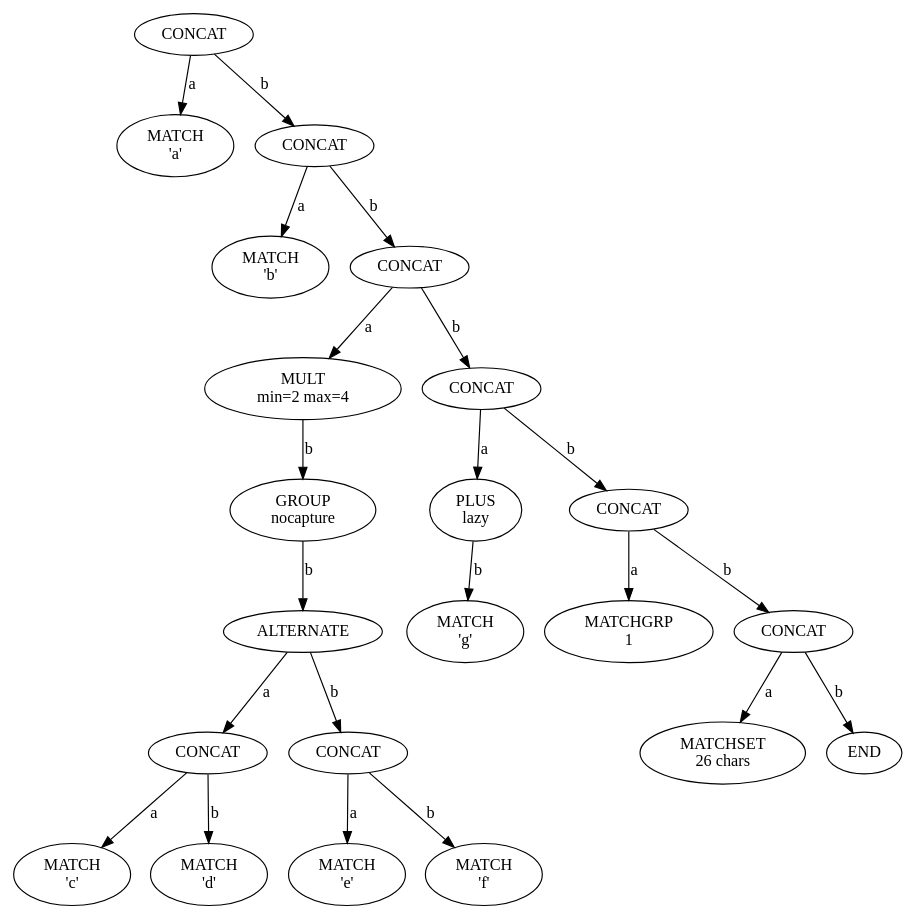
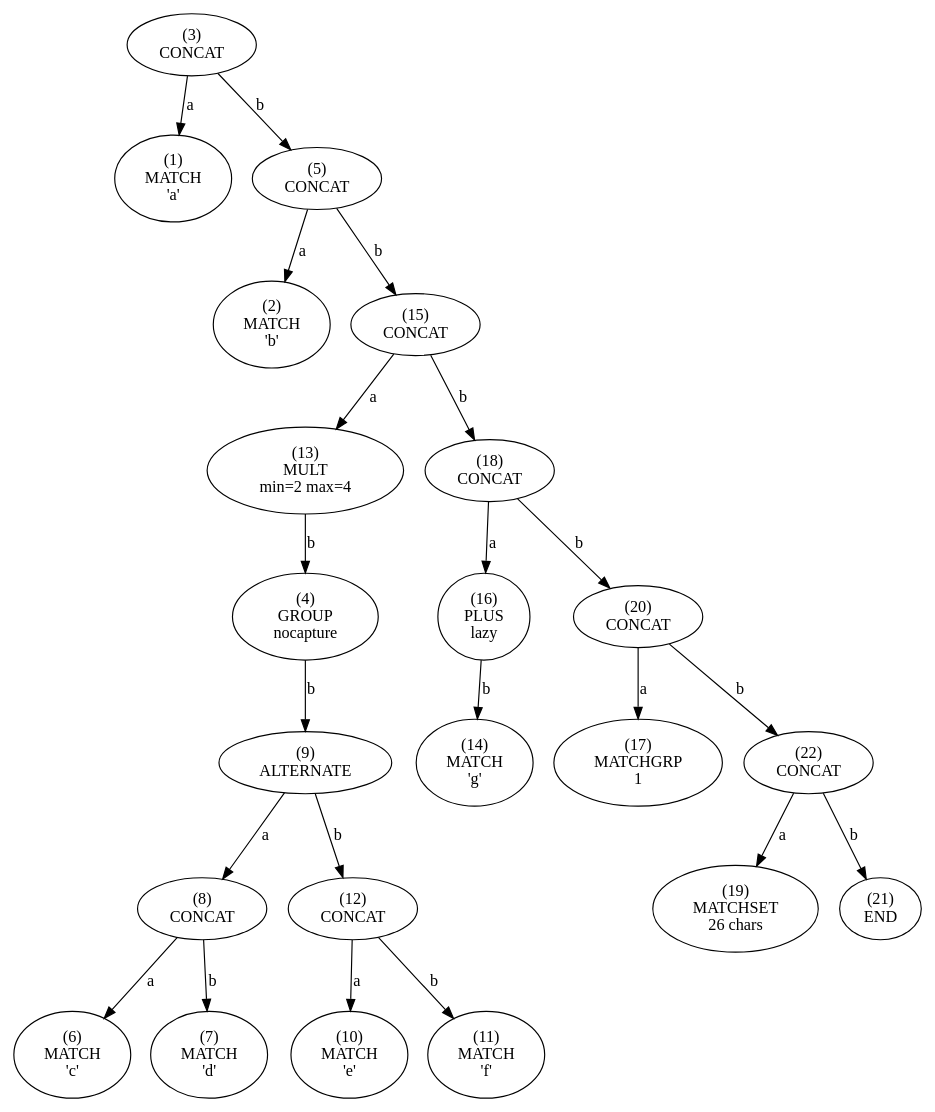
One commit to essele/rele changed the diagram in tree.dot. Above: the diagram before and after it, drawn with Graphviz. The commit also changed 3 other files, not shown here.

```diff
--- a/tree.dot
+++ b/tree.dot
@@ -1,67 +1,89 @@
 digraph tree {
-    n0xbf5bb7e4f320 [label="CONCAT
+    n0x4a8f170 [label="(3)
+CONCAT
 "];
-    n0xbf5bb7e4f320 -> n0xbf5bb7e4f2c0 [label="a"];
-    n0xbf5bb7e4f2c0 [label="MATCH
+    n0x4a8f170 -> n0x4a8f090 [label="a"];
+    n0x4a8f090 [label="(1)
+MATCH
 'a'"];
-    n0xbf5bb7e4f320 -> n0xbf5bb7e4f380 [label="b"];
-    n0xbf5bb7e4f380 [label="CONCAT
+    n0x4a8f170 -> n0x4a8f250 [label="b"];
+    n0x4a8f250 [label="(5)
+CONCAT
 "];
-    n0xbf5bb7e4f380 -> n0xbf5bb7e4f2f0 [label="a"];
-    n0xbf5bb7e4f2f0 [label="MATCH
+    n0x4a8f250 -> n0x4a8f100 [label="a"];
+    n0x4a8f100 [label="(2)
+MATCH
 'b'"];
-    n0xbf5bb7e4f380 -> n0xbf5bb7e4f560 [label="b"];
-    n0xbf5bb7e4f560 [label="CONCAT
+    n0x4a8f250 -> n0x4a8f6b0 [label="b"];
+    n0x4a8f6b0 [label="(15)
+CONCAT
 "];
-    n0xbf5bb7e4f560 -> n0xbf5bb7e4f500 [label="a"];
-    n0xbf5bb7e4f500 [label="MULT
+    n0x4a8f6b0 -> n0x4a8f5d0 [label="a"];
+    n0x4a8f5d0 [label="(13)
+MULT
 min=2 max=4"];
-    n0xbf5bb7e4f500 -> n0xbf5bb7e4f350 [label="b"];
-    n0xbf5bb7e4f350 [label="GROUP
+    n0x4a8f5d0 -> n0x4a8f1e0 [label="b"];
+    n0x4a8f1e0 [label="(4)
+GROUP
 nocapture"];
-    n0xbf5bb7e4f350 -> n0xbf5bb7e4f440 [label="b"];
-    n0xbf5bb7e4f440 [label="ALTERNATE
+    n0x4a8f1e0 -> n0x4a8f410 [label="b"];
+    n0x4a8f410 [label="(9)
+ALTERNATE
 "];
-    n0xbf5bb7e4f440 -> n0xbf5bb7e4f410 [label="a"];
-    n0xbf5bb7e4f410 [label="CONCAT
+    n0x4a8f410 -> n0x4a8f3a0 [label="a"];
+    n0x4a8f3a0 [label="(8)
+CONCAT
 "];
-    n0xbf5bb7e4f410 -> n0xbf5bb7e4f3b0 [label="a"];
-    n0xbf5bb7e4f3b0 [label="MATCH
+    n0x4a8f3a0 -> n0x4a8f2c0 [label="a"];
+    n0x4a8f2c0 [label="(6)
+MATCH
 'c'"];
-    n0xbf5bb7e4f410 -> n0xbf5bb7e4f3e0 [label="b"];
-    n0xbf5bb7e4f3e0 [label="MATCH
+    n0x4a8f3a0 -> n0x4a8f330 [label="b"];
+    n0x4a8f330 [label="(7)
+MATCH
 'd'"];
-    n0xbf5bb7e4f440 -> n0xbf5bb7e4f4d0 [label="b"];
-    n0xbf5bb7e4f4d0 [label="CONCAT
+    n0x4a8f410 -> n0x4a8f560 [label="b"];
+    n0x4a8f560 [label="(12)
+CONCAT
 "];
-    n0xbf5bb7e4f4d0 -> n0xbf5bb7e4f470 [label="a"];
-    n0xbf5bb7e4f470 [label="MATCH
+    n0x4a8f560 -> n0x4a8f480 [label="a"];
+    n0x4a8f480 [label="(10)
+MATCH
 'e'"];
-    n0xbf5bb7e4f4d0 -> n0xbf5bb7e4f4a0 [label="b"];
-    n0xbf5bb7e4f4a0 [label="MATCH
+    n0x4a8f560 -> n0x4a8f4f0 [label="b"];
+    n0x4a8f4f0 [label="(11)
+MATCH
 'f'"];
-    n0xbf5bb7e4f560 -> n0xbf5bb7e4f5f0 [label="b"];
-    n0xbf5bb7e4f5f0 [label="CONCAT
+    n0x4a8f6b0 -> n0x4a8f800 [label="b"];
+    n0x4a8f800 [label="(18)
+CONCAT
 "];
-    n0xbf5bb7e4f5f0 -> n0xbf5bb7e4f590 [label="a"];
-    n0xbf5bb7e4f590 [label="PLUS
+    n0x4a8f800 -> n0x4a8f720 [label="a"];
+    n0x4a8f720 [label="(16)
+PLUS
 lazy"];
-    n0xbf5bb7e4f590 -> n0xbf5bb7e4f530 [label="b"];
-    n0xbf5bb7e4f530 [label="MATCH
+    n0x4a8f720 -> n0x4a8f640 [label="b"];
+    n0x4a8f640 [label="(14)
+MATCH
 'g'"];
-    n0xbf5bb7e4f5f0 -> n0xbf5bb7e4f650 [label="b"];
-    n0xbf5bb7e4f650 [label="CONCAT
+    n0x4a8f800 -> n0x4a8f8e0 [label="b"];
+    n0x4a8f8e0 [label="(20)
+CONCAT
 "];
-    n0xbf5bb7e4f650 -> n0xbf5bb7e4f5c0 [label="a"];
-    n0xbf5bb7e4f5c0 [label="MATCHGRP
+    n0x4a8f8e0 -> n0x4a8f790 [label="a"];
+    n0x4a8f790 [label="(17)
+MATCHGRP
 1"];
-    n0xbf5bb7e4f650 -> n0xbf5bb7e4f6d0 [label="b"];
-    n0xbf5bb7e4f6d0 [label="CONCAT
+    n0x4a8f8e0 -> n0x4a8fa10 [label="b"];
+    n0x4a8fa10 [label="(22)
+CONCAT
 "];
-    n0xbf5bb7e4f6d0 -> n0xbf5bb7e4f620 [label="a"];
-    n0xbf5bb7e4f620 [label="MATCHSET
+    n0x4a8fa10 -> n0x4a8f870 [label="a"];
+    n0x4a8f870 [label="(19)
+MATCHSET
 26 chars"];
-    n0xbf5bb7e4f6d0 -> n0xbf5bb7e4f6a0 [label="b"];
-    n0xbf5bb7e4f6a0 [label="END
+    n0x4a8fa10 -> n0x4a8f9a0 [label="b"];
+    n0x4a8f9a0 [label="(21)
+END
 "];
 }
```
